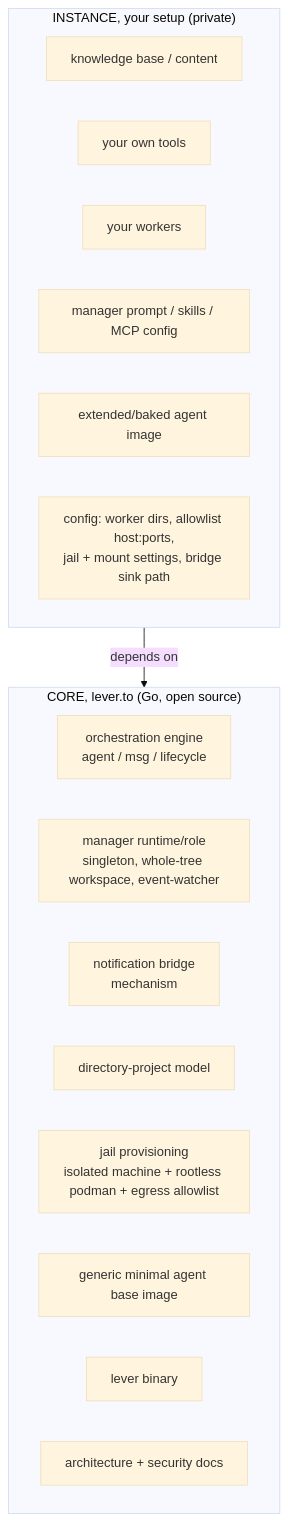
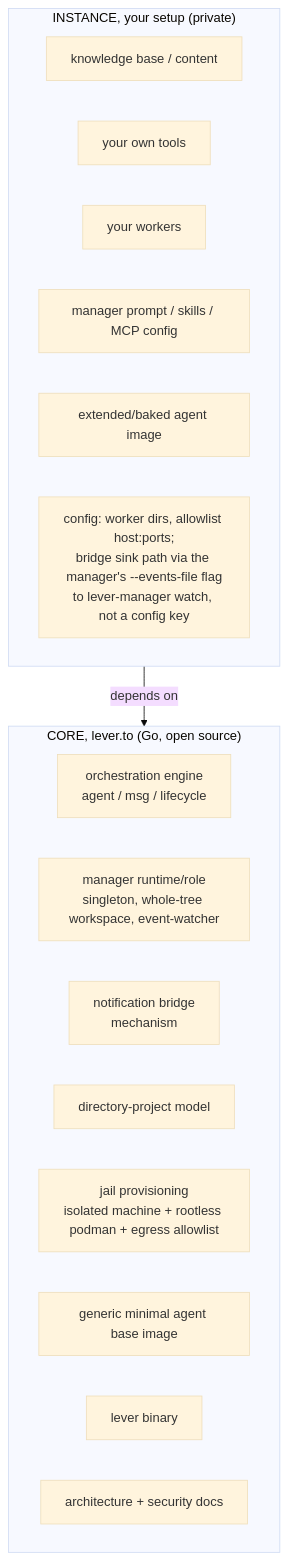
One commit to stevegeek/lever changed the diagram in docs-site/_guides/core-vs-instance.md. Above: the diagram before and after it, drawn with Mermaid (base theme). The commit also changed other lines of this file and 29 other files, not shown here.

````diff
--- a/docs-site/_guides/core-vs-instance.md
+++ b/docs-site/_guides/core-vs-instance.md
@@ -21,22 +20,22 @@
 ```mermaid
 graph TD
     subgraph core["CORE, lever.to (Go, open source)"]
         ENG[orchestration engine<br/>agent / msg / lifecycle]
         MGR[manager runtime/role<br/>singleton, whole-tree workspace, event-watcher]
         BR[notification bridge<br/>mechanism]
         PM[directory-project model]
         JAIL[jail provisioning<br/>isolated machine + rootless podman + egress allowlist]
         IMG[generic minimal agent base image]
         BIN[lever binary]
         DOCS[architecture + security docs]
     end
     subgraph inst["INSTANCE, your setup (private)"]
         KB[knowledge base / content]
         TOOLS[your own tools]
         WORKERS[your workers]
         MCFG[manager prompt / skills / MCP config]
         EXTIMG[extended/baked agent image]
-        CFG[config: worker dirs, allowlist host:ports,<br/>jail + mount settings, bridge sink path]
+        CFG[config: worker dirs, allowlist host:ports;<br/>bridge sink path via the manager's --events-file flag<br/>to lever-manager watch, not a config key]
     end
     inst -->|depends on| core
 ```
````
